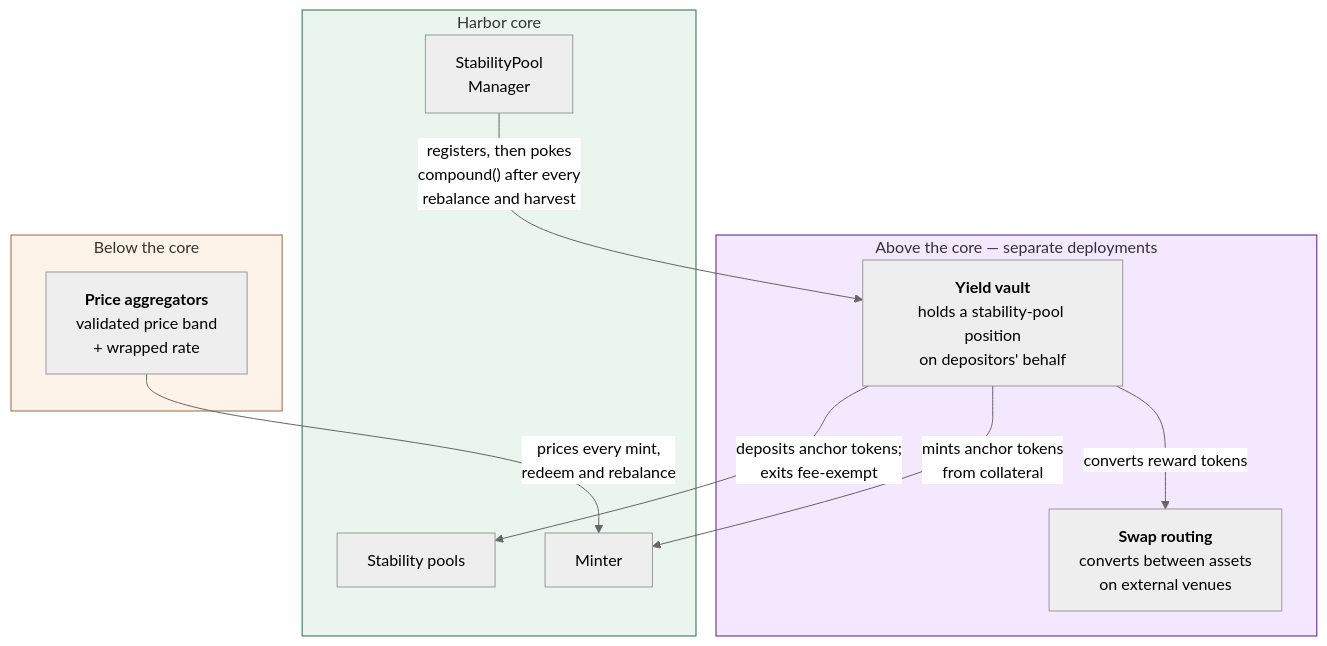
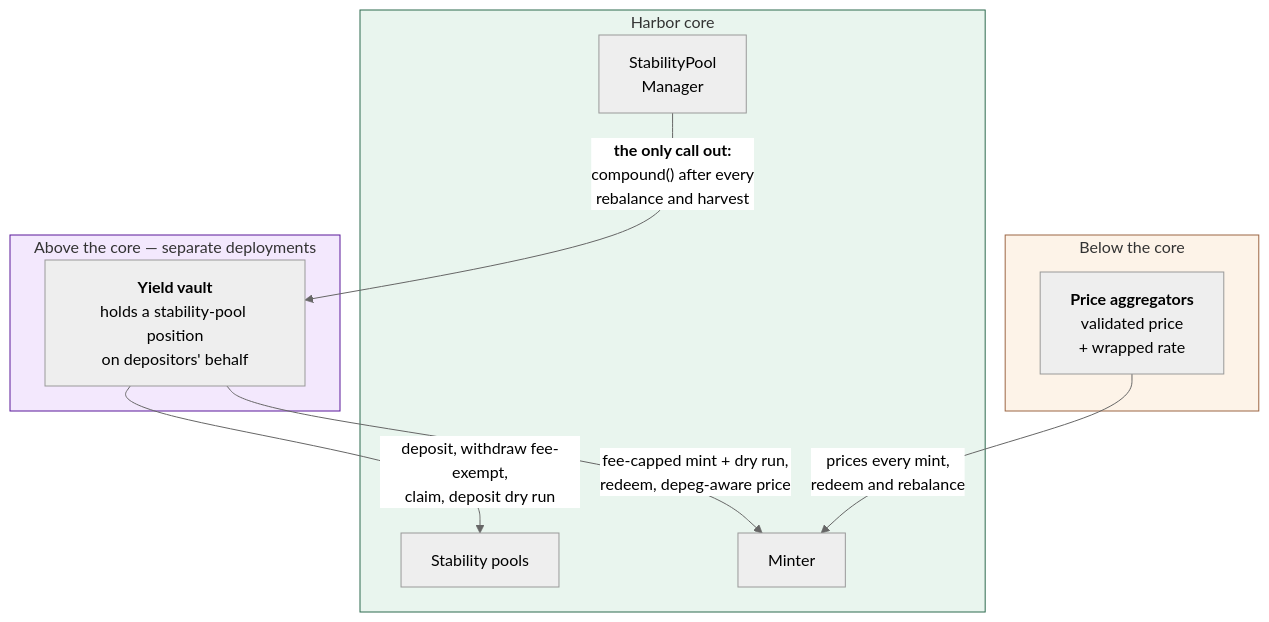
One commit to baofinance/harbor changed diagram 11 of 16 in doc/functional-spec.md. Above: the diagram before and after it, drawn with Mermaid (neutral theme). The commit also changed other lines of this file and 1 other file, not shown here.

````diff
--- a/doc/functional-spec.md
+++ b/doc/functional-spec.md
@@ -1080,27 +1134,25 @@
 ```mermaid
 flowchart TB
     subgraph external["Above the core — separate deployments"]
         HY["<b>Yield vault</b><br/>holds a stability-pool position<br/>on depositors' behalf"]
-        SW["<b>Swap routing</b><br/>converts between assets<br/>on external venues"]
     end
 
     subgraph core["Harbor core"]
         SPM["StabilityPool<br/>Manager"]
         SP["Stability pools"]
         MIN["Minter"]
     end
 
     subgraph feeds["Below the core"]
-        PO["<b>Price aggregators</b><br/>validated price band<br/>+ wrapped rate"]
+        PO["<b>Price aggregators</b><br/>validated price<br/>+ wrapped rate"]
     end
 
-    SPM -->|"registers, then pokes<br/>compound() after every<br/>rebalance and harvest"| HY
-    HY -->|"deposits anchor tokens;<br/>exits fee-exempt"| SP
-    HY -->|"mints anchor tokens<br/>from collateral"| MIN
-    HY -->|"converts reward tokens"| SW
+    SPM -->|"<b>the only call out:</b><br/>compound() after every<br/>rebalance and harvest"| HY
+    HY -->|"deposit, withdraw fee-exempt,<br/>claim, deposit dry run"| SP
+    HY -->|"fee-capped mint + dry run,<br/>redeem, depeg-aware price"| MIN
     PO -->|"prices every mint,<br/>redeem and rebalance"| MIN
 
     style core fill:#e9f5ee,stroke:#2d6a4f
     style external fill:#f3e8fd,stroke:#5a189a
     style feeds fill:#fdf3e8,stroke:#9c6644
 ```
````
